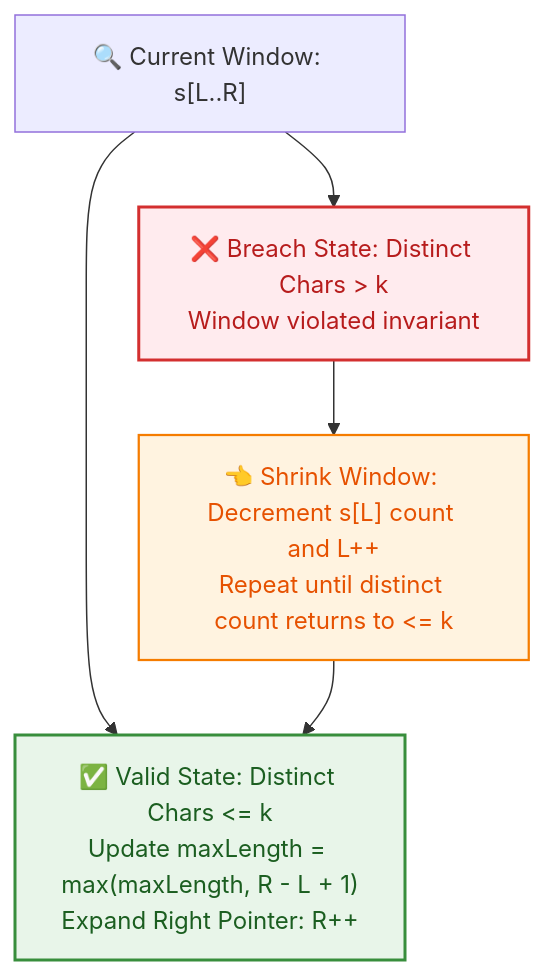
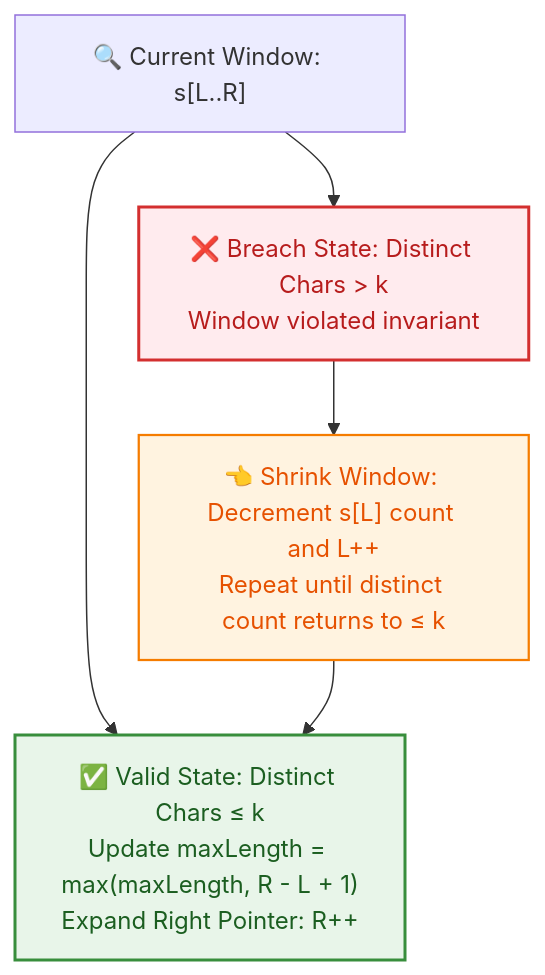
One commit to dip4k/DSA_102 changed the fourth of 6 diagrams in week_04_core_problem_solving_patterns_i/Week_04_Visual_Concepts_Playbook_HYBRID.md. Above: the diagram before and after it, drawn with Mermaid. The commit also changed other lines of this file and 191 other files, not shown here.

````diff
--- a/week_04_core_problem_solving_patterns_i/Week_04_Visual_Concepts_Playbook_HYBRID.md
+++ b/week_04_core_problem_solving_patterns_i/Week_04_Visual_Concepts_Playbook_HYBRID.md
@@ -427,12 +404,12 @@
 ```mermaid
 flowchart TD
     classDef valid fill:#e8f5e9,stroke:#388e3c,color:#1b5e20,stroke-width:2px;
     classDef breach fill:#ffebee,stroke:#d32f2f,color:#b71c1c,stroke-width:2px;
     classDef shrink fill:#fff3e0,stroke:#f57c00,color:#e65100,stroke-width:1.5px;
 
     W["🔍 Current Window: s[L..R]"]
-    W --> V["✅ Valid State: Distinct Chars <= k<br/>Update maxLength = max(maxLength, R - L + 1)<br/>Expand Right Pointer: R++"]:::valid
+    W --> V["✅ Valid State: Distinct Chars &le; k<br/>Update maxLength = max(maxLength, R - L + 1)<br/>Expand Right Pointer: R++"]:::valid
     W --> B["❌ Breach State: Distinct Chars > k<br/>Window violated invariant"]:::breach
-    B --> S["👈 Shrink Window: Decrement s[L] count and L++<br/>Repeat until distinct count returns to <= k"]:::shrink
+    B --> S["👈 Shrink Window: Decrement s[L] count and L++<br/>Repeat until distinct count returns to &le; k"]:::shrink
     S --> V
 ```
````
